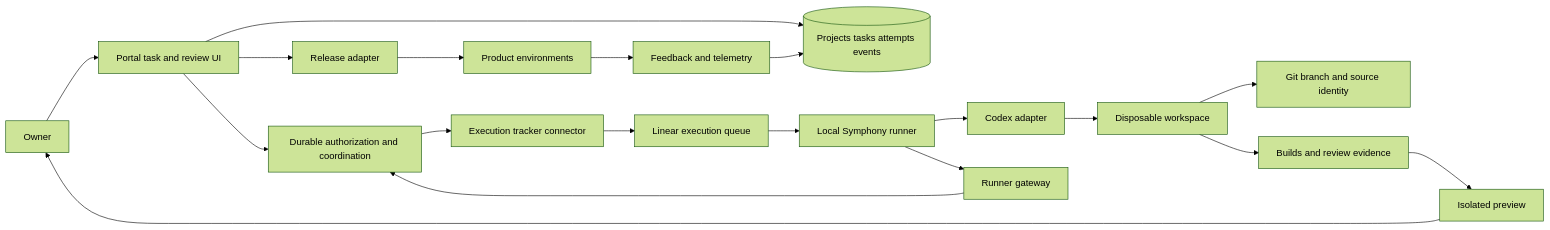
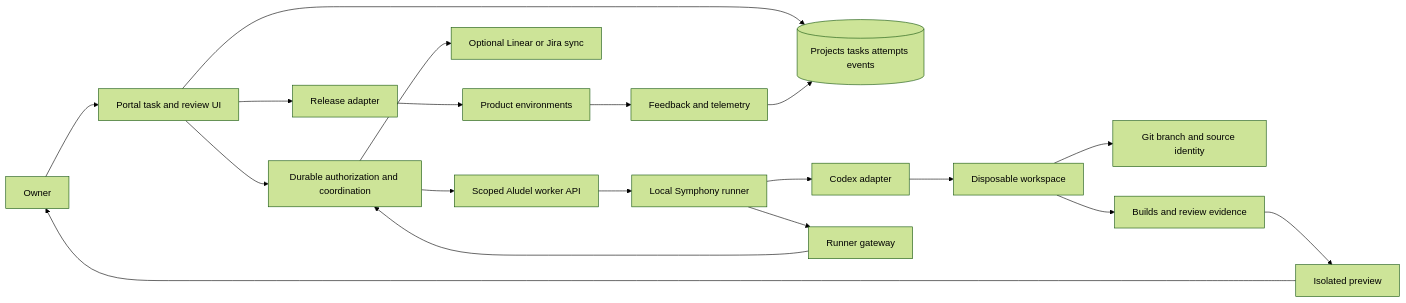
Before and after one commit to aludel-workshop/aludel-workshop: the diagram in docs/architecture.md, drawn with Mermaid (forest theme). The commit also changed other lines of this file and 80 other files, not shown here.

Commit message:
symphony picks up all work items

````diff
--- a/docs/architecture.md
+++ b/docs/architecture.md
@@ -17,21 +17,21 @@
 ```mermaid
 flowchart LR
     Owner[Owner] --> Portal[Portal task and review UI]
     Portal --> Records[(Projects tasks attempts events)]
     Portal --> Work[Durable authorization and coordination]
-    Work --> Connector[Execution tracker connector]
-    Connector --> Linear[Linear execution queue]
-    Linear --> Symphony[Local Symphony runner]
+    Work --> WorkerAPI[Scoped Aludel worker API]
+    WorkerAPI --> Symphony[Local Symphony runner]
+    Work --> Sync[Optional Linear or Jira sync]
     Symphony --> Adapter[Codex adapter]
     Adapter --> Runner[Disposable workspace]
     Symphony --> Gateway[Runner gateway]
     Gateway --> Work
     Runner --> Git[Git branch and source identity]
     Runner --> Artifacts[Builds and review evidence]
     Artifacts --> Preview[Isolated preview]
     Preview --> Owner
     Portal --> Release[Release adapter]
     Release --> Live[Product environments]
     Live --> Observations[Feedback and telemetry]
     Observations --> Records
 ```
````
